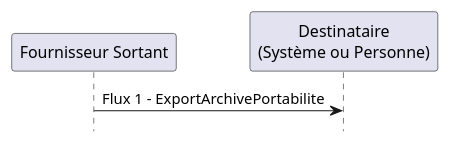
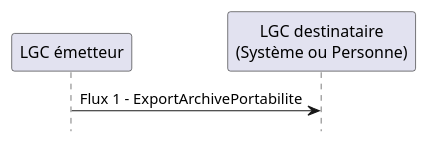
Before and after one commit to ansforge/interop-ig-portabilite: the diagram in input/images-source/st-interaction-pdlgc-export-archive-portabilite.plantuml, drawn with PlantUML. The commit also changed 44 other files, not shown here.

```diff
--- a/input/images-source/st-interaction-pdlgc-export-archive-portabilite.plantuml
+++ b/input/images-source/st-interaction-pdlgc-export-archive-portabilite.plantuml
@@ -1,10 +1,10 @@
 @startuml
 
 hide footbox 
 
-participant "Fournisseur Sortant" as Sortant
-participant "Destinataire\n(Système ou Personne)" as Destinataire
+participant "LGC émetteur" as Sortant
+participant "LGC destinataire\n(Système ou Personne)" as Destinataire
 
 Sortant -> Destinataire : Flux 1 - ExportArchivePortabilite
 
 @enduml
```
